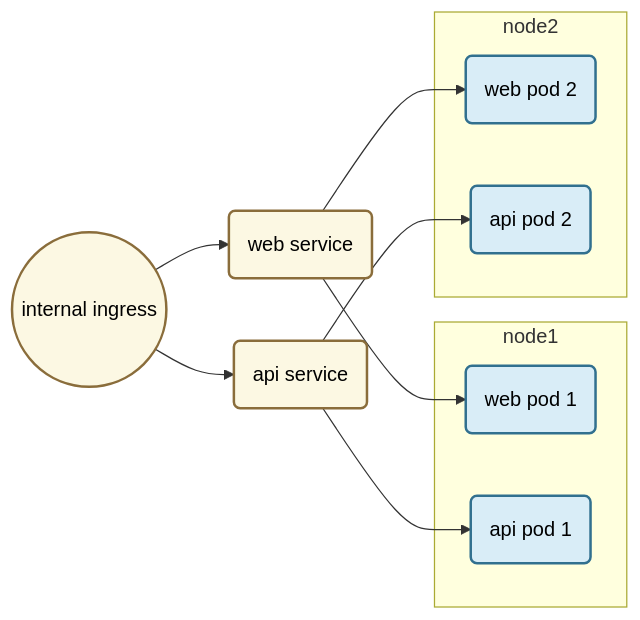
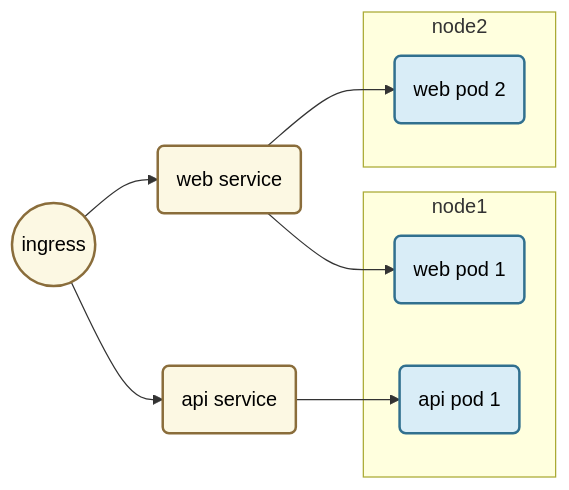
One commit to Ben199810/ben199810.github.io changed the third of 3 diagrams in content/posts/k8s/ingress/index.md. Above: the diagram before and after it, drawn with Mermaid. The commit also changed other lines of this file, not shown here.

Commit message:
pref: k8s ingress 調整 mermaid 圖表

```diff
--- a/content/posts/k8s/ingress/index.md
+++ b/content/posts/k8s/ingress/index.md
@@ -232,32 +225,30 @@
 {{< mermaid >}}
 flowchart LR
 
 classDef green fill:#dff0d8,stroke:#3c763d,stroke-width:2px,color:#000
 classDef blue fill:#d9edf7,stroke:#31708f,stroke-width:2px,color:#000
 classDef yellow fill:#fcf8e3,stroke:#8a6d3b,stroke-width:2px,color:#000
 classDef red fill:#f2dede,stroke:#a94442,stroke-width:2px,color:#000
 classDef gray fill:#ddd,stroke:#666,stroke-width:2px,color:#000
 
 subgraph node1
 podweb1(web pod 1):::blue
 podapi1(api pod 1):::blue
 end
 subgraph node2
 podweb2(web pod 2):::blue
-podapi2(api pod 2):::blue
 end
 
 svcweb(web service):::yellow
 svcapi(api service):::yellow
 
-ing((internal ingress)):::yellow
+ing((ingress)):::yellow
 
 ing --> svcweb
 ing --> svcapi
 
 svcweb --> podweb1
 svcweb --> podweb2
 svcapi --> podapi1
-svcapi --> podapi2
 
 {{< /mermaid >}}
```
